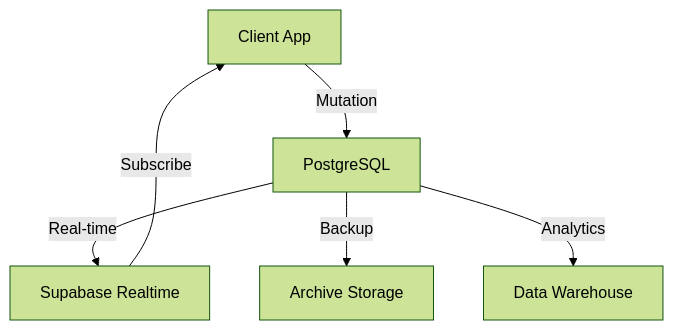
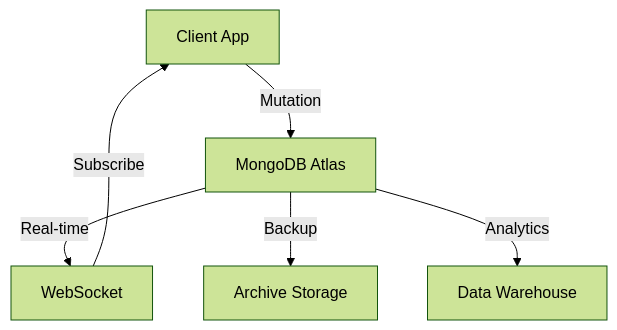
Before and after one commit to Recon-X2025/guardian-flow: the fourth of 11 diagrams in docs/ARCHITECTURE_SYSTEM_DESIGN_2025-11-01.md, drawn with Mermaid (forest theme). The commit also changed other lines of this file and 361 other files, not shown here.

````diff
--- a/docs/ARCHITECTURE_SYSTEM_DESIGN_2025-11-01.md
+++ b/docs/ARCHITECTURE_SYSTEM_DESIGN_2025-11-01.md
@@ -214,8 +214,8 @@
 ```mermaid
 graph TB
-    CLIENT[Client App] -->|Mutation| POSTGRES[PostgreSQL]
-    POSTGRES -->|Real-time| CHANNEL[Supabase Realtime]
+    CLIENT[Client App] -->|Mutation| POSTGRES[MongoDB Atlas]
+    POSTGRES -->|Real-time| CHANNEL[WebSocket]
     CHANNEL -->|Subscribe| CLIENT
     POSTGRES -->|Backup| ARCHIVE[Archive Storage]
     POSTGRES -->|Analytics| DW[Data Warehouse]
 ```
````
